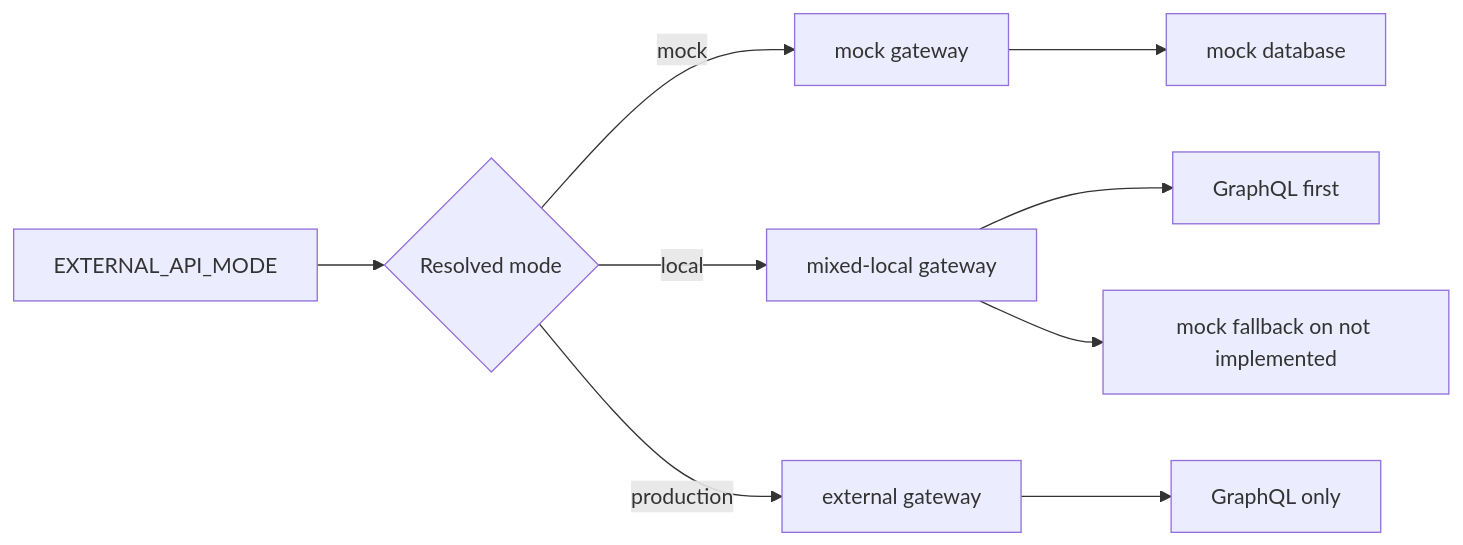
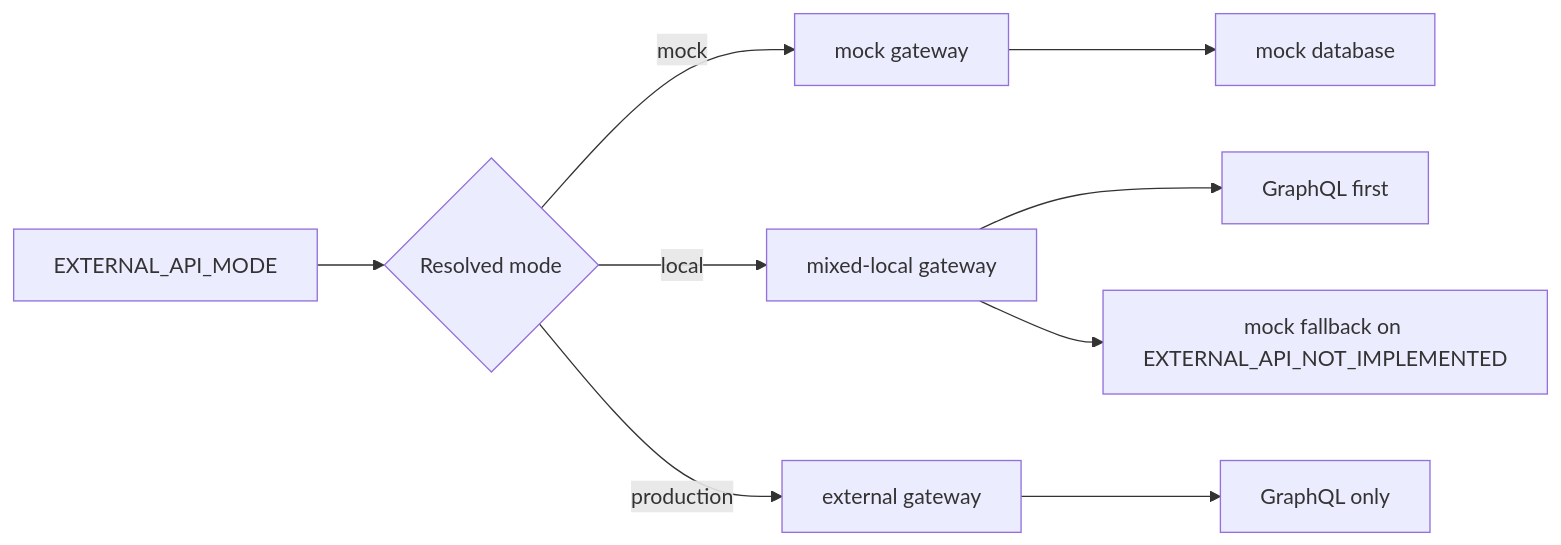
One commit to kazuki-0724/mcp-ec-front changed the diagram in doc/04_runtime_modes/README.md. Above: the diagram before and after it, drawn with Mermaid. The commit also changed other lines of this file and 15 other files, not shown here.

````diff
--- a/doc/04_runtime_modes/README.md
+++ b/doc/04_runtime_modes/README.md
@@ -7,11 +7,11 @@
 ```mermaid
 flowchart LR
-	A[EXTERNAL_API_MODE] --> B{Resolved mode}
-	B -->|mock| C[mock gateway]
-	B -->|local| D[mixed-local gateway]
-	B -->|production| E[external gateway]
-	C --> F[mock database]
-	D --> G[GraphQL first]
-	D --> H[mock fallback on not implemented]
-	E --> I[GraphQL only]
+  A[EXTERNAL_API_MODE] --> B{Resolved mode}
+  B -->|mock| C[mock gateway]
+  B -->|local| D[mixed-local gateway]
+  B -->|production| E[external gateway]
+  C --> F[mock database]
+  D --> G[GraphQL first]
+  D --> H[mock fallback on EXTERNAL_API_NOT_IMPLEMENTED]
+  E --> I[GraphQL only]
 ```
````
